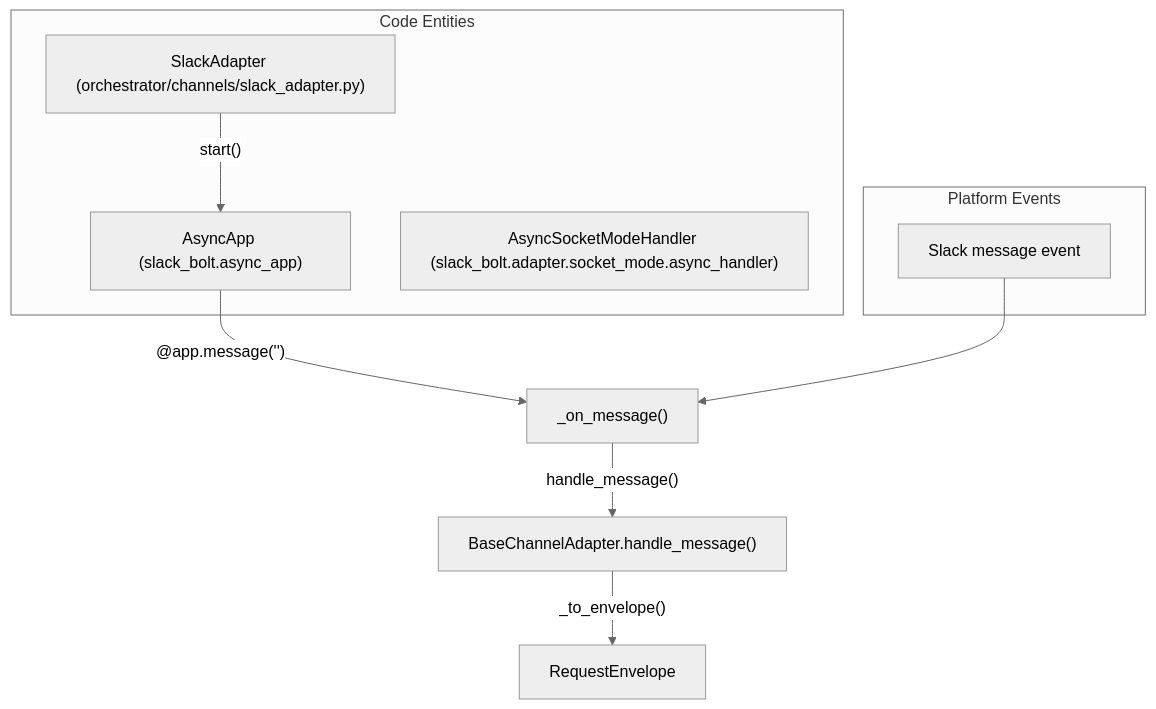
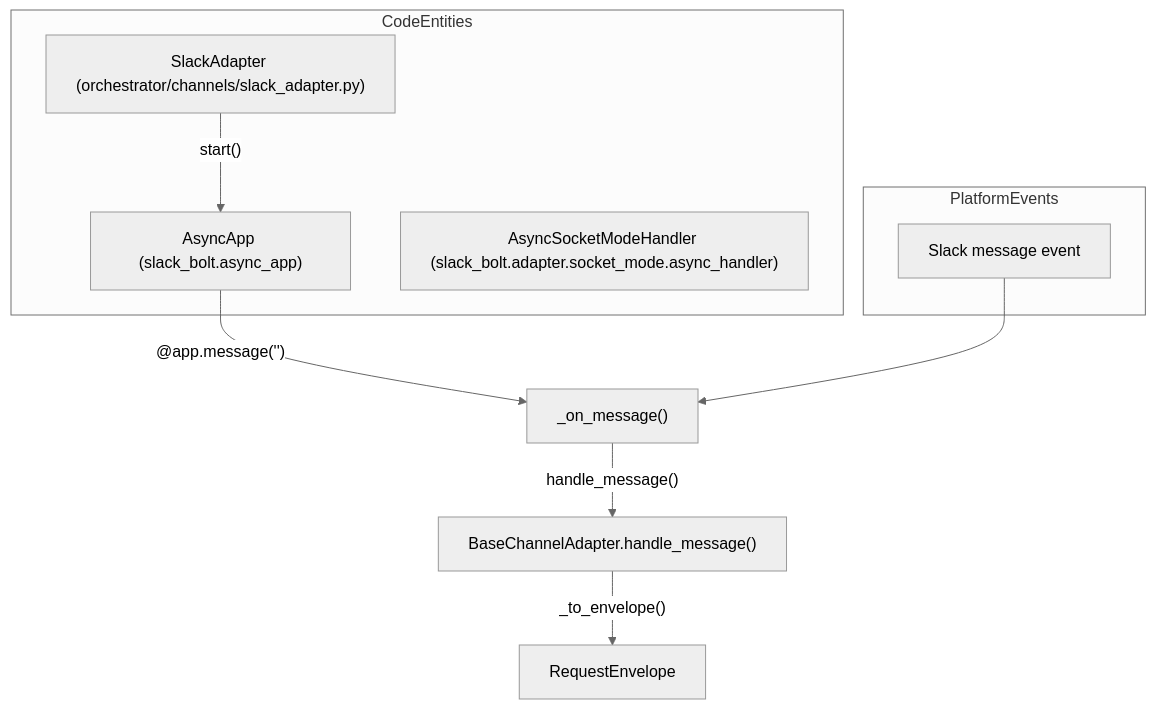
One commit to AutomatosAI/automatos-ai changed the second of 3 diagrams in docs/channel-integrations/platform-adapters.md. Above: the diagram before and after it, drawn with Mermaid (neutral theme). The commit also changed other lines of this file and 153 other files, not shown here.

````diff
--- a/docs/channel-integrations/platform-adapters.md
+++ b/docs/channel-integrations/platform-adapters.md
@@ -116,18 +107,18 @@
 ```mermaid
 graph TB
-    subgraph "Code Entities"
+    subgraph "CodeEntities"
         SA["SlackAdapter (orchestrator/channels/slack_adapter.py)"]
         AA["AsyncApp (slack_bolt.async_app)"]
         SMH["AsyncSocketModeHandler (slack_bolt.adapter.socket_mode.async_handler)"]
     end
 
-    subgraph "Platform Events"
+    subgraph "PlatformEvents"
         EV["Slack message event"]
     end
 
     SA -->|"start()"| AA
     AA -->|"@app.message('')"| MH["_on_message()"]
     EV --> MH
     MH -->|"handle_message()"| Base["BaseChannelAdapter.handle_message()"]
     Base -->|"_to_envelope()"| Env["RequestEnvelope"]
 ```
````
